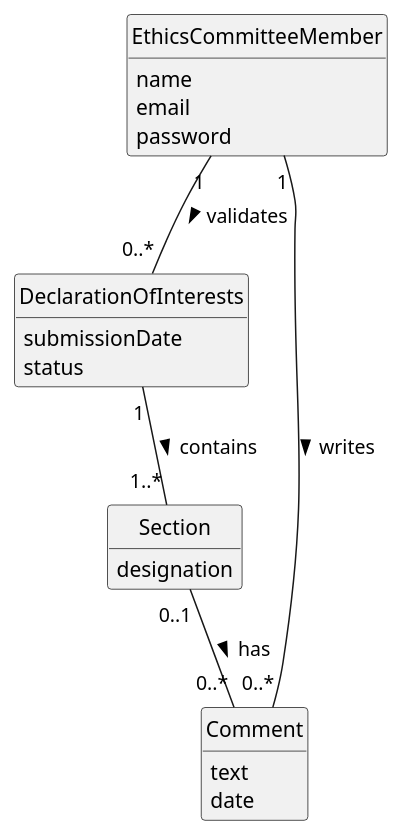
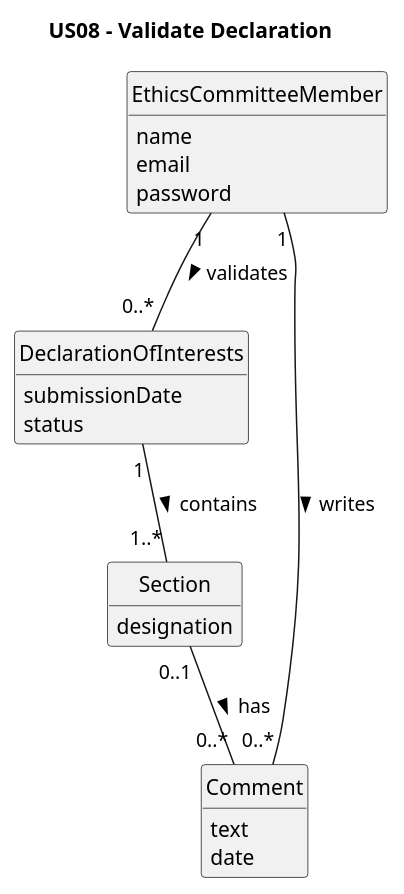
The diagram in docs/system-documentation/US08/02.analysis/puml/US08-DM.puml (Departamento-de-Engenharia-Informatica/sem2-pi-25-26-g096-repo), drawn with PlantUML before and after one commit. The commit also changed 11 other files, not shown here.

```diff
--- a/docs/system-documentation/US08/02.analysis/puml/US08-DM.puml
+++ b/docs/system-documentation/US08/02.analysis/puml/US08-DM.puml
@@ -1,34 +1,35 @@
 @startuml
+title US08 - Validate Declaration
 skinparam monochrome true
 skinparam packageStyle rectangle
 skinparam shadowing false
 skinparam classAttributeIconSize 0
 hide circle
 hide methods
 
 class EthicsCommitteeMember {
     name
     email
     password
 }
 
 class DeclarationOfInterests {
     submissionDate
     status
 }
 
 class Section {
     designation
 }
 
 class Comment {
     text
     date
 }
 
 EthicsCommitteeMember "1" -- "0..*" DeclarationOfInterests : validates >
 DeclarationOfInterests "1" -- "1..*" Section : contains >
 Section "0..1" -- "0..*" Comment : has >
 EthicsCommitteeMember "1" -- "0..*" Comment : writes >
 
 @enduml
```
